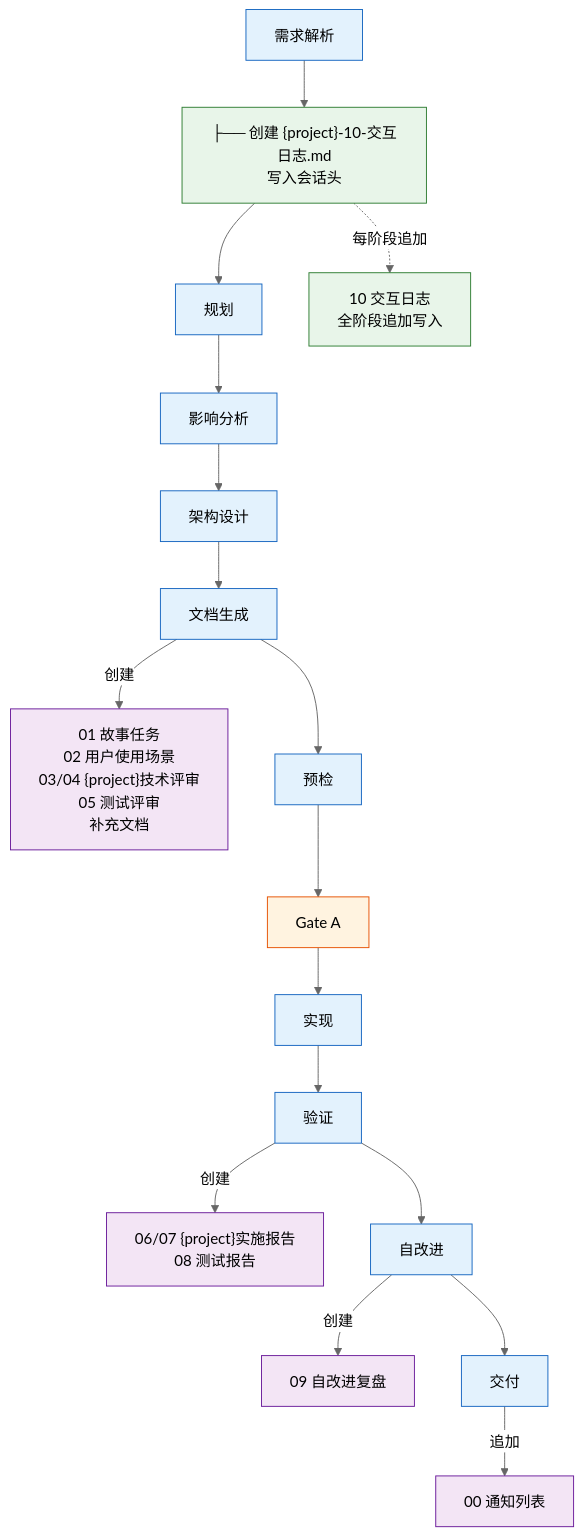
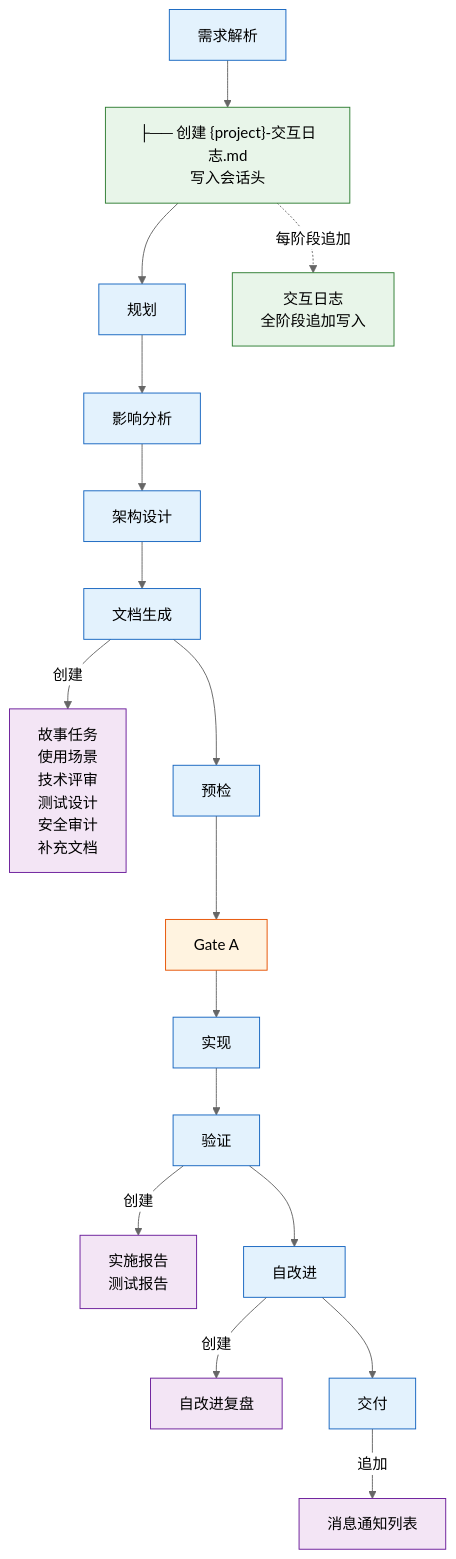
One commit to effiy/YrY changed the second of 5 diagrams in skills/rui/coder.md. Above: the diagram before and after it, drawn with Mermaid (neutral theme). The commit also changed other lines of this file and 90 other files, not shown here.

````diff
--- a/skills/rui/coder.md
+++ b/skills/rui/coder.md
@@ -79,24 +71,24 @@
 ```mermaid
 flowchart TB
-    A["需求解析"]:::phase --> A1["├── 创建 {project}-10-交互日志.md<br/>写入会话头"]:::log
+    A["需求解析"]:::phase --> A1["├── 创建 {project}-交互日志.md<br/>写入会话头"]:::log
     A1 --> B["规划"]:::phase
     B --> C["影响分析"]:::phase
     C --> D["架构设计"]:::phase
     D --> E["文档生成"]:::phase
-    E -->|"创建"| E1["01 故事任务<br/>02 用户使用场景<br/>03/04 {project}技术评审<br/>05 测试评审<br/>补充文档"]:::create
+    E -->|"创建"| E1["故事任务<br/>使用场景<br/>技术评审<br/>测试设计<br/>安全审计<br/>补充文档"]:::create
     E --> F["预检"]:::phase
     F --> G["Gate A"]:::gate
     G --> H["实现"]:::phase
     H --> I["验证"]:::phase
-    I -->|"创建"| I1["06/07 {project}实施报告<br/>08 测试报告"]:::create
+    I -->|"创建"| I1["实施报告<br/>测试报告"]:::create
     I --> J["自改进"]:::phase
-    J -->|"创建"| J1["09 自改进复盘"]:::create
+    J -->|"创建"| J1["自改进复盘"]:::create
     J --> K["交付"]:::phase
-    K -->|"追加"| K1["00 通知列表"]:::create
-    A1 -.->|"每阶段追加"| A2["10 交互日志<br/>全阶段追加写入"]:::log
+    K -->|"追加"| K1["消息通知列表"]:::create
+    A1 -.->|"每阶段追加"| A2["交互日志<br/>全阶段追加写入"]:::log
 
     classDef phase fill:#e3f2fd,stroke:#1565c0;
     classDef gate fill:#fff3e0,stroke:#e65100;
     classDef create fill:#f3e5f5,stroke:#6a1b9a;
     classDef log fill:#e8f5e9,stroke:#2e7d32;
 ```
````
